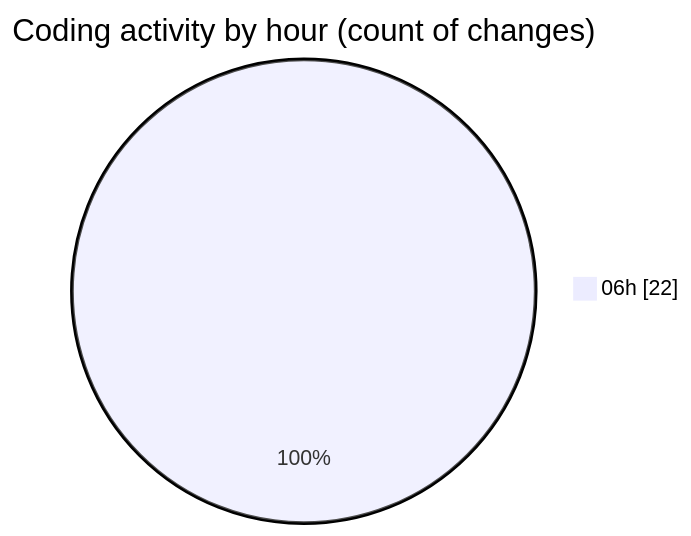
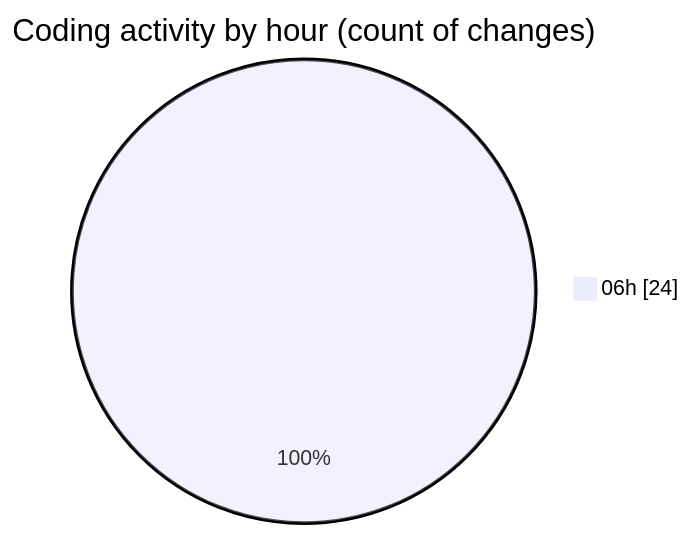
One commit to IJAZ3593/code-tracking changed the second of 2 diagrams in 2025-09-01/project_2/README.md. Above: the diagram before and after it, drawn with Mermaid. The commit also changed other lines of this file and 1 other file, not shown here.

````diff
--- a/2025-09-01/project_2/README.md
+++ b/2025-09-01/project_2/README.md
@@ -37,5 +37,5 @@
 ```mermaid
 pie showData
 title Coding activity by hour (count of changes)
-"06h" : 22
+"06h" : 24
 ```
````
